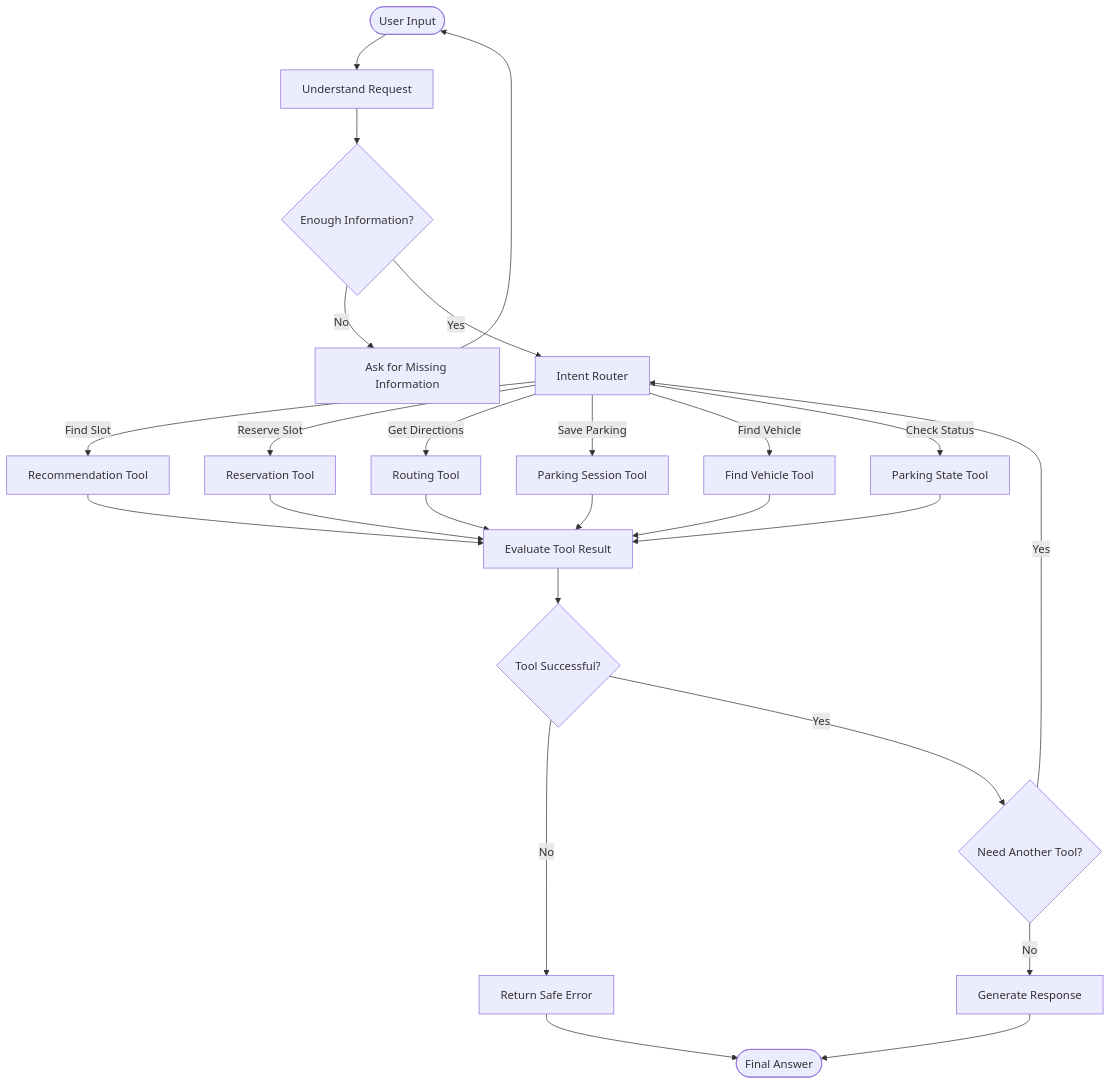
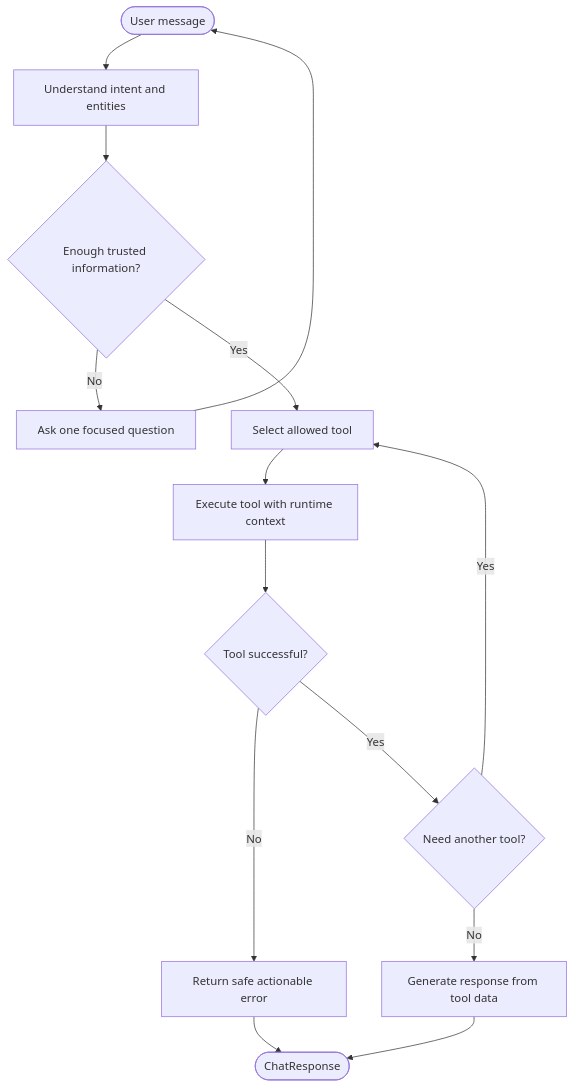
The sixth of 7 diagrams in docs/architecture.md (Ngducanh05/T-152), drawn with Mermaid before and after one commit. The commit also changed other lines of this file and 45 other files, not shown here.

````diff
--- a/docs/architecture.md
+++ b/docs/architecture.md
@@ -107,34 +202,16 @@
 ```mermaid
-graph TD
-    START([User Input]) --> Understand[Understand Request]
-    Understand --> CheckInfo{Enough Information?}
-
-    CheckInfo -->|No| Ask[Ask for Missing Information]
-    Ask --> START
-
-    CheckInfo -->|Yes| Router[Intent Router]
-
-    Router -->|Find Slot| Recommend[Recommendation Tool]
-    Router -->|Reserve Slot| Reserve[Reservation Tool]
-    Router -->|Get Directions| Route[Routing Tool]
-    Router -->|Save Parking| Save[Parking Session Tool]
-    Router -->|Find Vehicle| Find[Find Vehicle Tool]
-    Router -->|Check Status| Status[Parking State Tool]
-
-    Recommend --> Evaluate[Evaluate Tool Result]
-    Reserve --> Evaluate
-    Route --> Evaluate
-    Save --> Evaluate
-    Find --> Evaluate
-    Status --> Evaluate
-
-    Evaluate --> Success{Tool Successful?}
-    Success -->|No| Error[Return Safe Error]
-    Success -->|Yes| More{Need Another Tool?}
-
-    More -->|Yes| Router
-    More -->|No| Generate[Generate Response]
-
-    Generate --> OUTPUT([Final Answer])
-    Error --> OUTPUT
+flowchart TD
+    Start(["User message"]) --> Understand["Understand intent and entities"]
+    Understand --> Enough{"Enough trusted information?"}
+    Enough -->|No| Ask["Ask one focused question"]
+    Ask --> Start
+    Enough -->|Yes| Select["Select allowed tool"]
+    Select --> Tool["Execute tool with runtime context"]
+    Tool --> Result{"Tool successful?"}
+    Result -->|No| SafeError["Return safe actionable error"]
+    Result -->|Yes| More{"Need another tool?"}
+    More -->|Yes| Select
+    More -->|No| Respond["Generate response from tool data"]
+    Respond --> End(["ChatResponse"])
+    SafeError --> End
 ```
````
